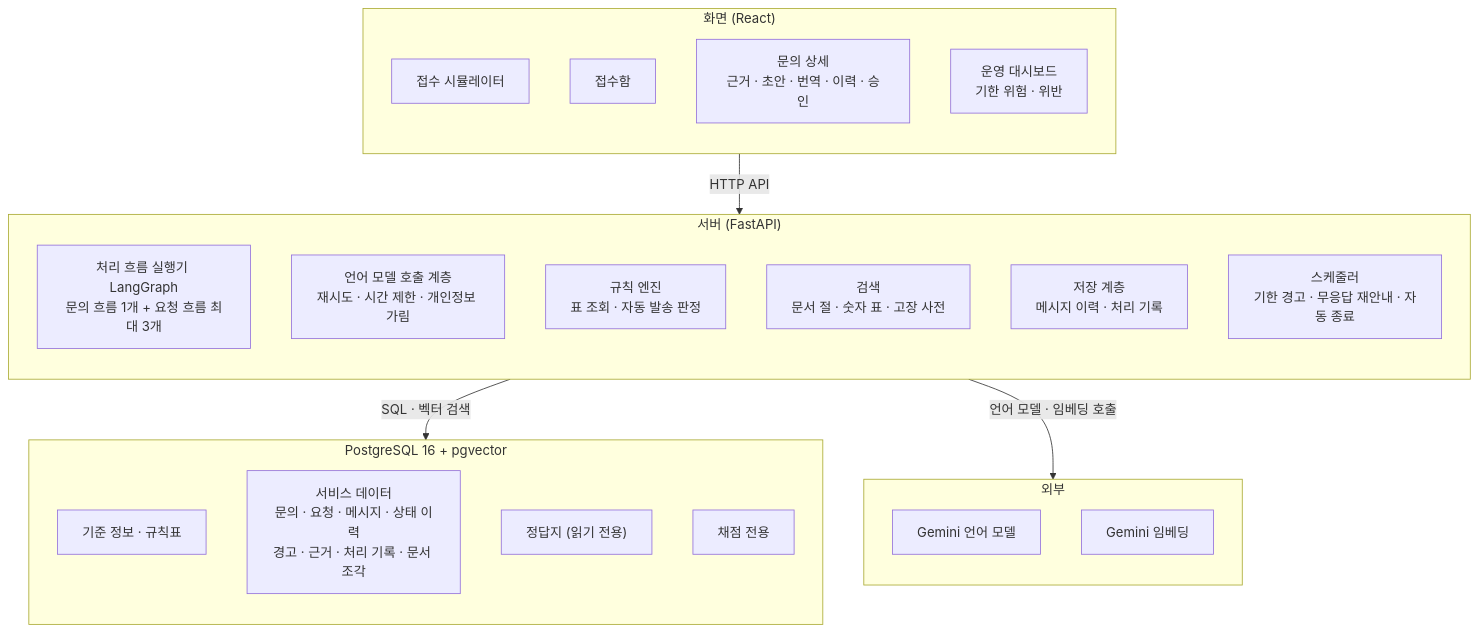
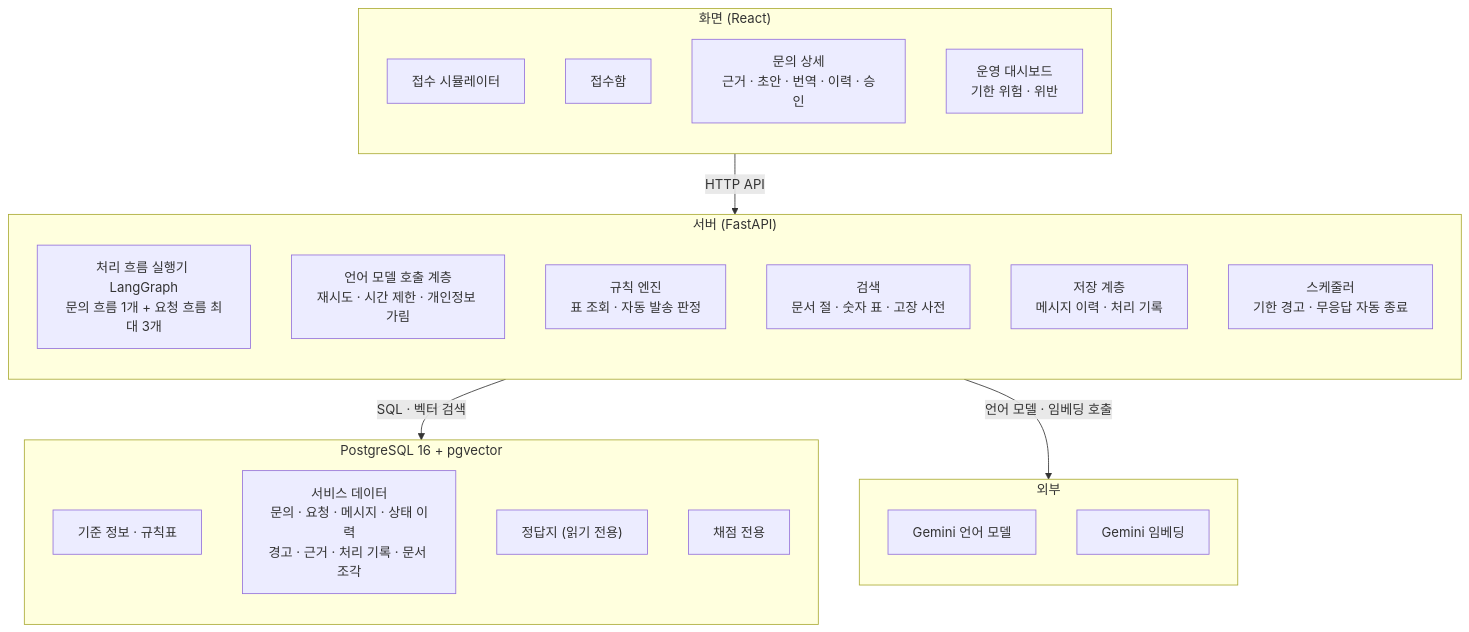
One commit to SongjuNa/cs-agent-service changed the first of 3 diagrams in docs/planning/project-plan.md. Above: the diagram before and after it, drawn with Mermaid. The commit also changed other lines of this file and 3 other files, not shown here.

````diff
--- a/docs/planning/project-plan.md
+++ b/docs/planning/project-plan.md
@@ -362,34 +374,34 @@
 ```mermaid
 flowchart TB
     subgraph WEB["화면 (React)"]
         direction TB
         W1["접수 시뮬레이터"]
         W2["접수함"]
         W3["문의 상세<br/>근거 · 초안 · 번역 · 이력 · 승인"]
         W4["운영 대시보드<br/>기한 위험 · 위반"]
     end
     subgraph API["서버 (FastAPI)"]
         direction TB
         G["처리 흐름 실행기 LangGraph<br/>문의 흐름 1개 + 요청 흐름 최대 3개"]
         L["언어 모델 호출 계층<br/>재시도 · 시간 제한 · 개인정보 가림"]
         RE["규칙 엔진<br/>표 조회 · 자동 발송 판정"]
         SR["검색<br/>문서 절 · 숫자 표 · 고장 사전"]
         ST["저장 계층<br/>메시지 이력 · 처리 기록"]
-        SC["스케줄러<br/>기한 경고 · 무응답 재안내 · 자동 종료"]
+        SC["스케줄러<br/>기한 경고 · 무응답 자동 종료"]
     end
     subgraph DB["PostgreSQL 16 + pgvector"]
         direction TB
         D1["기준 정보 · 규칙표"]
         D2["서비스 데이터<br/>문의 · 요청 · 메시지 · 상태 이력<br/>경고 · 근거 · 처리 기록 · 문서 조각"]
         D3["정답지 (읽기 전용)"]
         D4["채점 전용"]
     end
     subgraph EXT["외부"]
         direction TB
         E1["Gemini 언어 모델"]
         E2["Gemini 임베딩"]
     end
     WEB -- "HTTP API" --> API
     API -- "SQL · 벡터 검색" --> DB
     API -- "언어 모델 · 임베딩 호출" --> EXT
 ```
````
